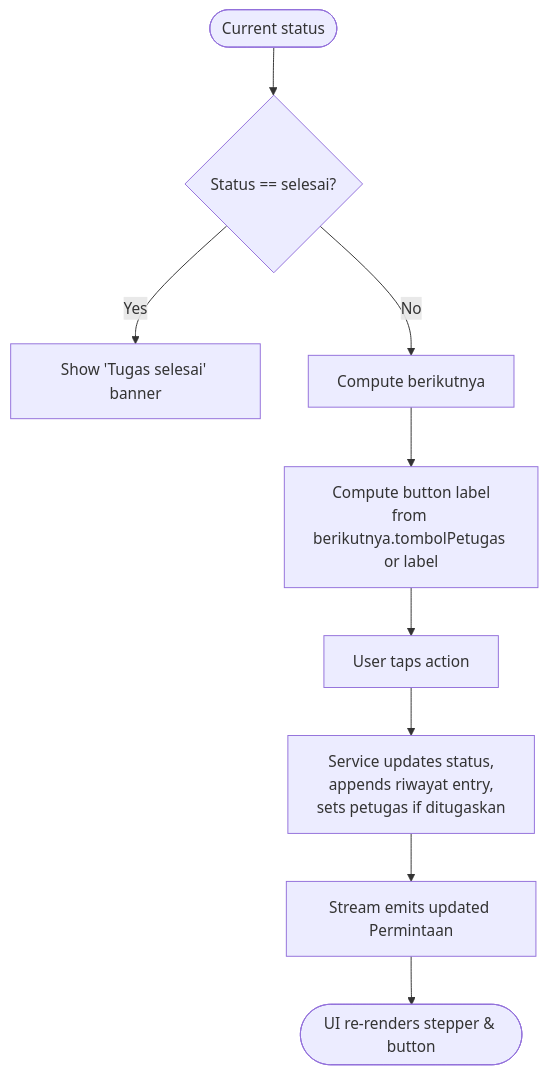
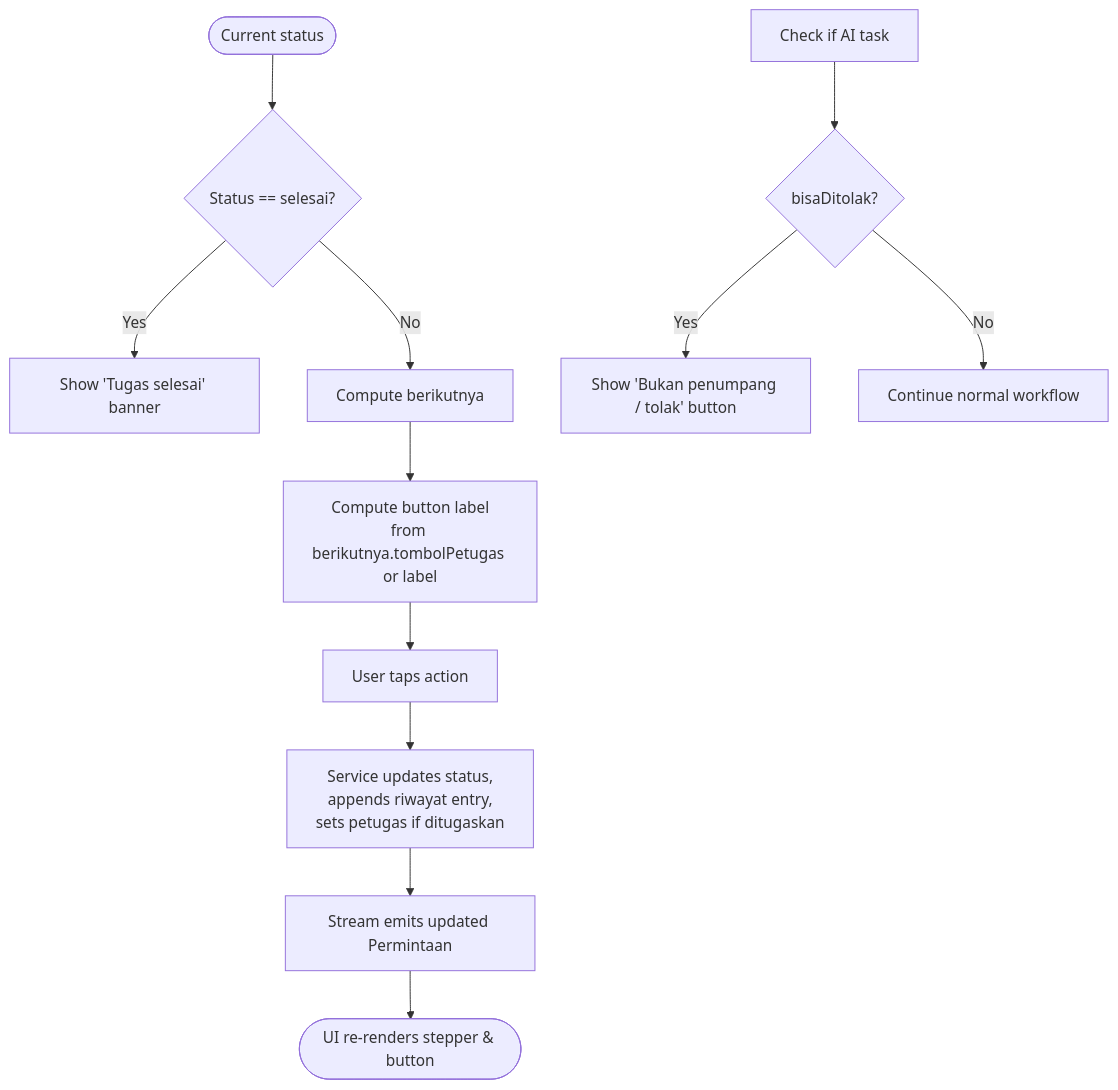
The third of 7 diagrams in .qoder/repowiki/en/content/Mobile Application/Staff Workflow/Task Detail Screen.md (rdsarjito/whoosh-ramah), drawn with Mermaid before and after one commit. The commit also changed other lines of this file and 68 other files, not shown here.

````diff
--- a/.qoder/repowiki/en/content/Mobile Application/Staff Workflow/Task Detail Screen.md
+++ b/.qoder/repowiki/en/content/Mobile Application/Staff Workflow/Task Detail Screen.md
@@ -124,11 +155,14 @@
 ```mermaid
 flowchart TD
 Start(["Current status"]) --> CheckDone{"Status == selesai?"}
 CheckDone --> |Yes| Banner["Show 'Tugas selesai' banner"]
 CheckDone --> |No| Next["Compute berikutnya"]
 Next --> Label["Compute button label<br/>from berikutnya.tombolPetugas or label"]
 Label --> Action["User taps action"]
 Action --> Update["Service updates status,<br/>appends riwayat entry,<br/>sets petugas if ditugaskan"]
 Update --> Refresh["Stream emits updated Permintaan"]
 Refresh --> End(["UI re-renders stepper & button"])
+CheckAI["Check if AI task"] --> CanReject{"bisaDitolak?"}
+CanReject --> |Yes| RejectBtn["Show 'Bukan penumpang / tolak' button"]
+CanReject --> |No| Continue["Continue normal workflow"]
 ```
````
